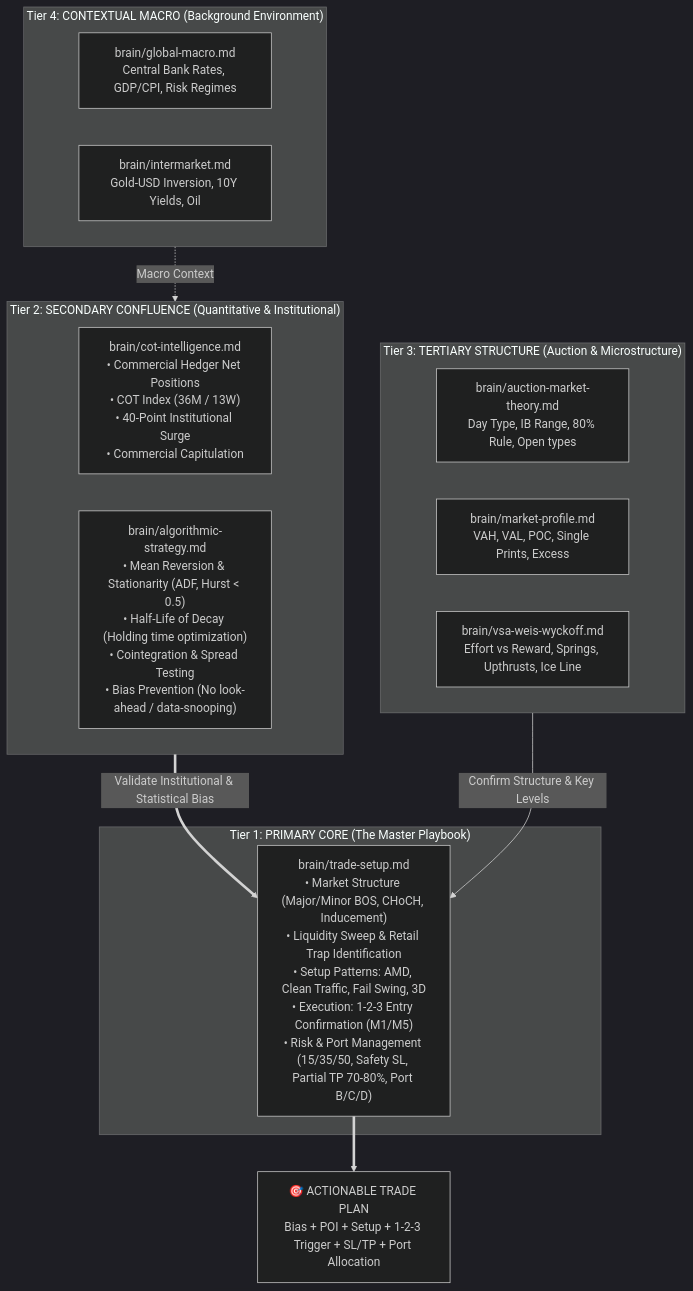
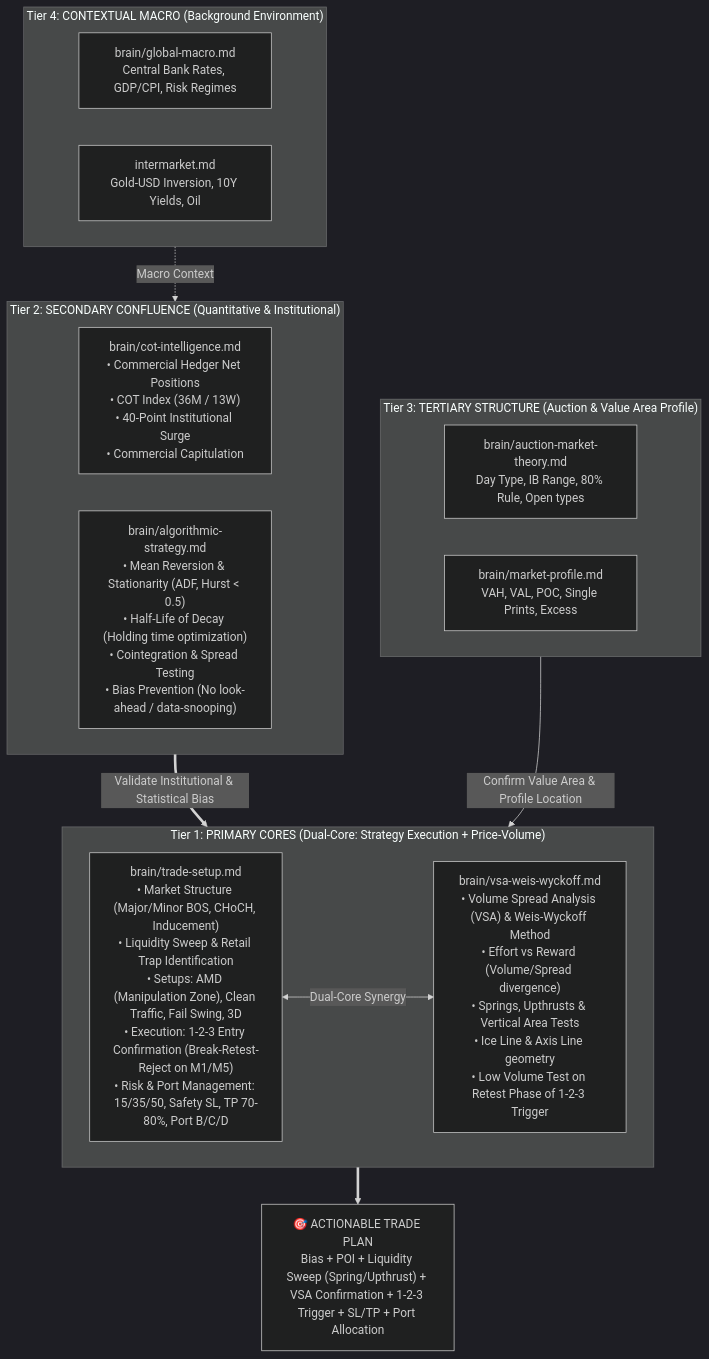
Before and after one commit to masadaark/trade-setup: the diagram in plan/brain-skill-optimization.md, drawn with Mermaid (dark theme). The commit also changed other lines of this file and 4 other files, not shown here.

Commit message:
feat: elevate VSA-Weis-Wyckoff method to primary core status and update trade planning hierarchy

````diff
--- a/plan/brain-skill-optimization.md
+++ b/plan/brain-skill-optimization.md
@@ -15,27 +20,28 @@
 ```mermaid
 flowchart TD
-    subgraph Tier1 ["Tier 1: PRIMARY CORE (The Master Playbook)"]
-        TS["brain/trade-setup.md<br/>• Market Structure (Major/Minor BOS, CHoCH, Inducement)<br/>• Liquidity Sweep & Retail Trap Identification<br/>• Setup Patterns: AMD, Clean Traffic, Fail Swing, 3D<br/>• Execution: 1-2-3 Entry Confirmation (M1/M5)<br/>• Risk & Port Management (15/35/50, Safety SL, Partial TP 70-80%, Port B/C/D)"]
+    subgraph Tier1 ["Tier 1: PRIMARY CORES (Dual-Core: Strategy Execution + Price-Volume)"]
+        TS["brain/trade-setup.md<br/>• Market Structure (Major/Minor BOS, CHoCH, Inducement)<br/>• Liquidity Sweep & Retail Trap Identification<br/>• Setups: AMD (Manipulation Zone), Clean Traffic, Fail Swing, 3D<br/>• Execution: 1-2-3 Entry Confirmation (Break-Retest-Reject on M1/M5)<br/>• Risk & Port Management: 15/35/50, Safety SL, TP 70-80%, Port B/C/D"]
+        VSA["brain/vsa-weis-wyckoff.md<br/>• Volume Spread Analysis (VSA) & Weis-Wyckoff Method<br/>• Effort vs Reward (Volume/Spread divergence)<br/>• Springs, Upthrusts & Vertical Area Tests<br/>• Ice Line & Axis Line geometry<br/>• Low Volume Test on Retest Phase of 1-2-3 Trigger"]
     end
 
     subgraph Tier2 ["Tier 2: SECONDARY CONFLUENCE (Quantitative & Institutional)"]
         COT["brain/cot-intelligence.md<br/>• Commercial Hedger Net Positions<br/>• COT Index (36M / 13W)<br/>• 40-Point Institutional Surge<br/>• Commercial Capitulation"]
         ALGO["brain/algorithmic-strategy.md<br/>• Mean Reversion & Stationarity (ADF, Hurst < 0.5)<br/>• Half-Life of Decay (Holding time optimization)<br/>• Cointegration & Spread Testing<br/>• Bias Prevention (No look-ahead / data-snooping)"]
     end
 
-    subgraph Tier3 ["Tier 3: TERTIARY STRUCTURE (Auction & Microstructure)"]
+    subgraph Tier3 ["Tier 3: TERTIARY STRUCTURE (Auction & Value Area Profile)"]
         AMT["brain/auction-market-theory.md<br/>Day Type, IB Range, 80% Rule, Open types"]
         MP["brain/market-profile.md<br/>VAH, VAL, POC, Single Prints, Excess"]
-        VSA["brain/vsa-weis-wyckoff.md<br/>Effort vs Reward, Springs, Upthrusts, Ice Line"]
     end
 
     subgraph Tier4 ["Tier 4: CONTEXTUAL MACRO (Background Environment)"]
         GM["brain/global-macro.md<br/>Central Bank Rates, GDP/CPI, Risk Regimes"]
-        IM["brain/intermarket.md<br/>Gold-USD Inversion, 10Y Yields, Oil"]
+        IM["intermarket.md<br/>Gold-USD Inversion, 10Y Yields, Oil"]
     end
 
     Tier4 -.->|Macro Context| Tier2
-    Tier2 ==>|Validate Institutional & Statistical Bias| TS
-    Tier3 -->|Confirm Structure & Key Levels| TS
-    TS ==> TRADE_PLAN["🎯 ACTIONABLE TRADE PLAN<br/>Bias + POI + Setup + 1-2-3 Trigger + SL/TP + Port Allocation"]
+    Tier2 ==>|Validate Institutional & Statistical Bias| Tier1
+    Tier3 -->|Confirm Value Area & Profile Location| Tier1
+    TS <-->|Dual-Core Synergy| VSA
+    Tier1 ==> TRADE_PLAN["🎯 ACTIONABLE TRADE PLAN<br/>Bias + POI + Liquidity Sweep (Spring/Upthrust) + VSA Confirmation + 1-2-3 Trigger + SL/TP + Port Allocation"]
 ```
````
